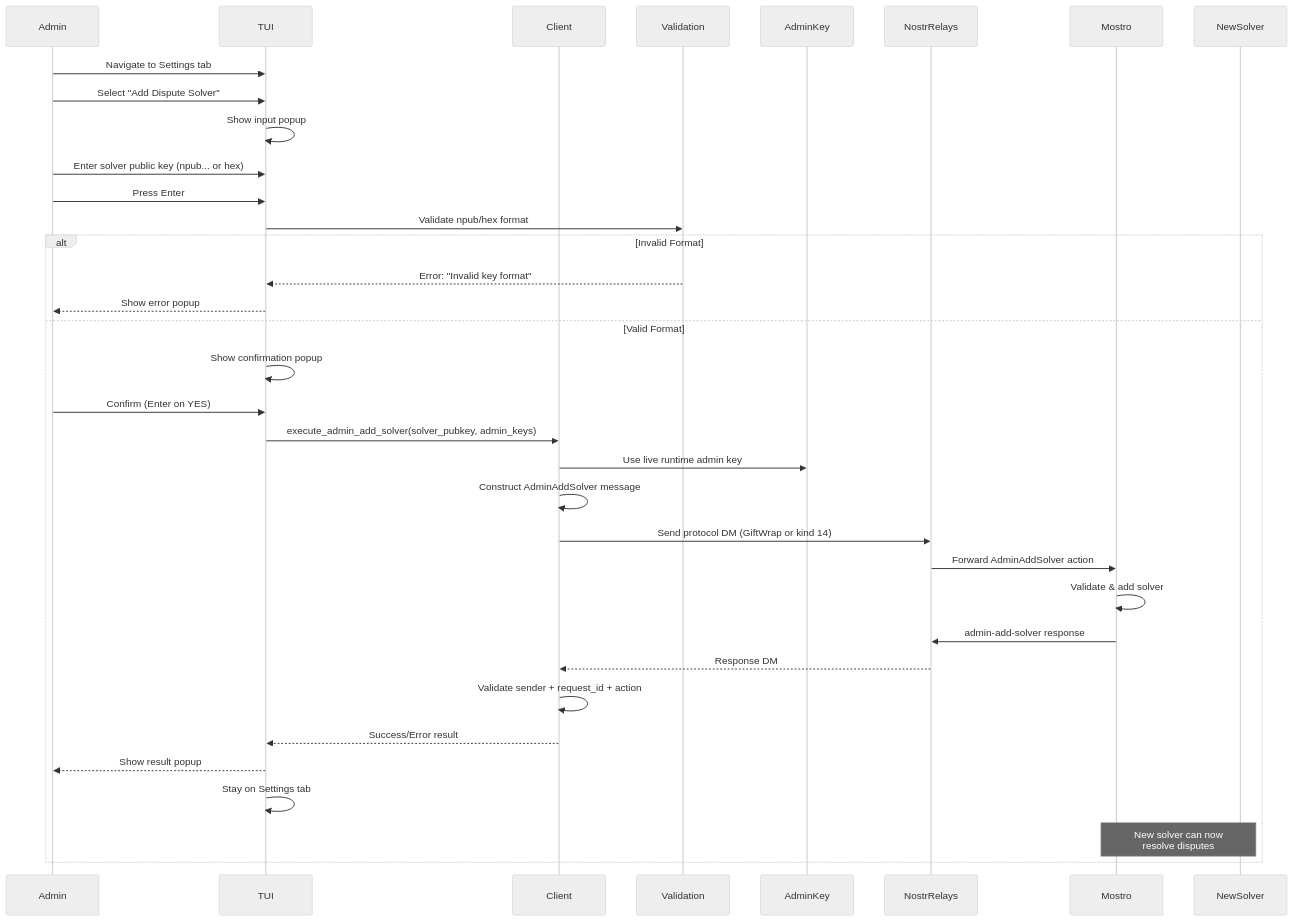
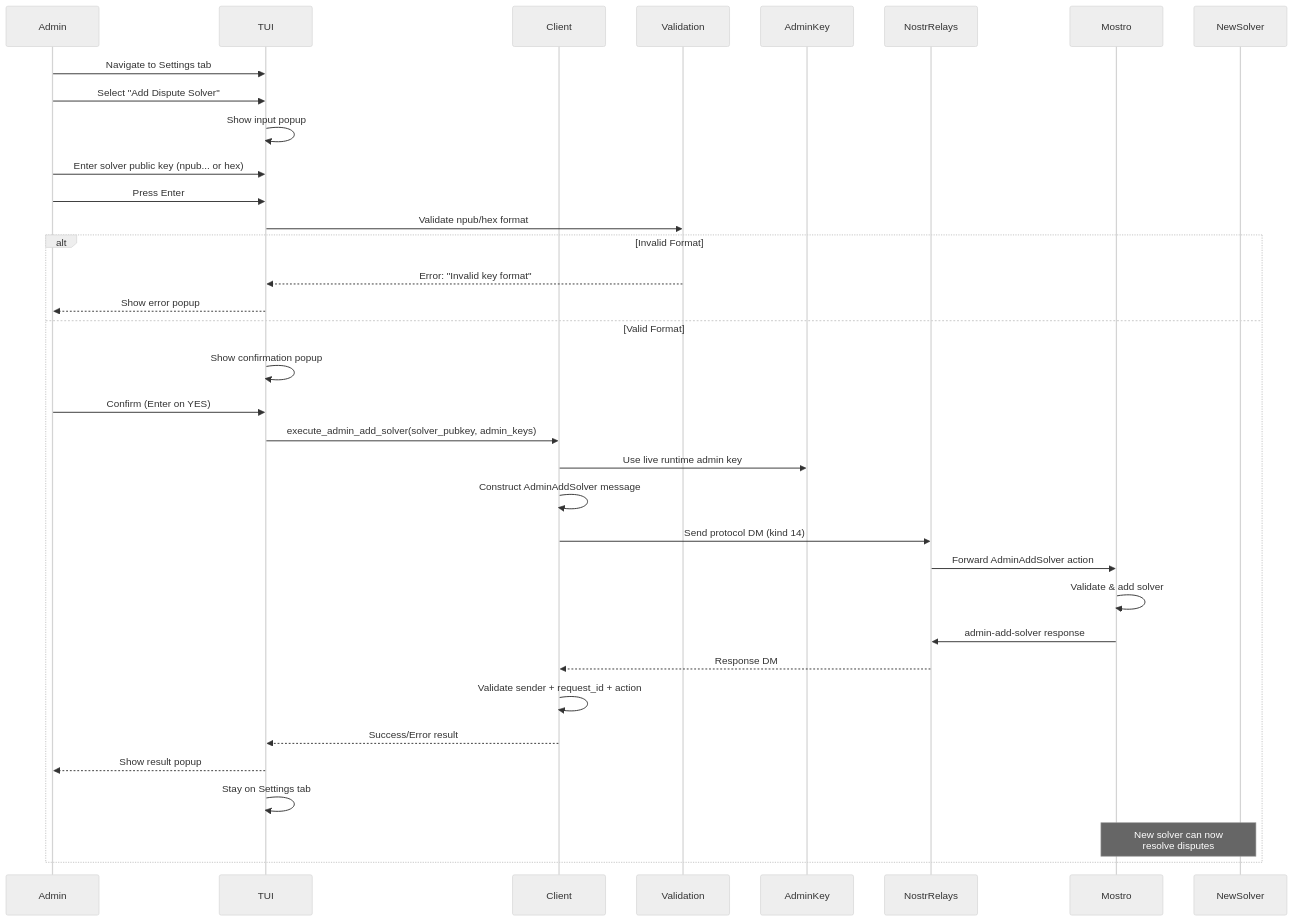
One commit to MostroP2P/mostrix changed the third of 5 diagrams in docs/ADMIN_DISPUTES.md. Above: the diagram before and after it, drawn with Mermaid (neutral theme). The commit also changed other lines of this file and 20 other files, not shown here.

````diff
--- a/docs/ADMIN_DISPUTES.md
+++ b/docs/ADMIN_DISPUTES.md
@@ -471,38 +471,38 @@
 ```mermaid
 sequenceDiagram
     participant Admin
     participant TUI
     participant Client
     participant Validation
     participant AdminKey
     participant NostrRelays
     participant Mostro
     participant NewSolver
 
     Admin->>TUI: Navigate to Settings tab
     Admin->>TUI: Select "Add Dispute Solver"
     TUI->>TUI: Show input popup
     Admin->>TUI: Enter solver public key (npub... or hex)
     Admin->>TUI: Press Enter
     TUI->>Validation: Validate npub/hex format
     alt Invalid Format
         Validation-->>TUI: Error: "Invalid key format"
         TUI-->>Admin: Show error popup
     else Valid Format
         TUI->>TUI: Show confirmation popup
         Admin->>TUI: Confirm (Enter on YES)
         TUI->>Client: execute_admin_add_solver(solver_pubkey, admin_keys)
         Client->>AdminKey: Use live runtime admin key
         Client->>Client: Construct AdminAddSolver message
-        Client->>NostrRelays: Send protocol DM (GiftWrap or kind 14)
+        Client->>NostrRelays: Send protocol DM (kind 14)
         NostrRelays->>Mostro: Forward AdminAddSolver action
         Mostro->>Mostro: Validate & add solver
         Mostro->>NostrRelays: admin-add-solver response
         NostrRelays-->>Client: Response DM
         Client->>Client: Validate sender + request_id + action
         Client-->>TUI: Success/Error result
         TUI-->>Admin: Show result popup
         TUI->>TUI: Stay on Settings tab
         Note over Mostro,NewSolver: New solver can now<br/>resolve disputes
     end
 ```
````
